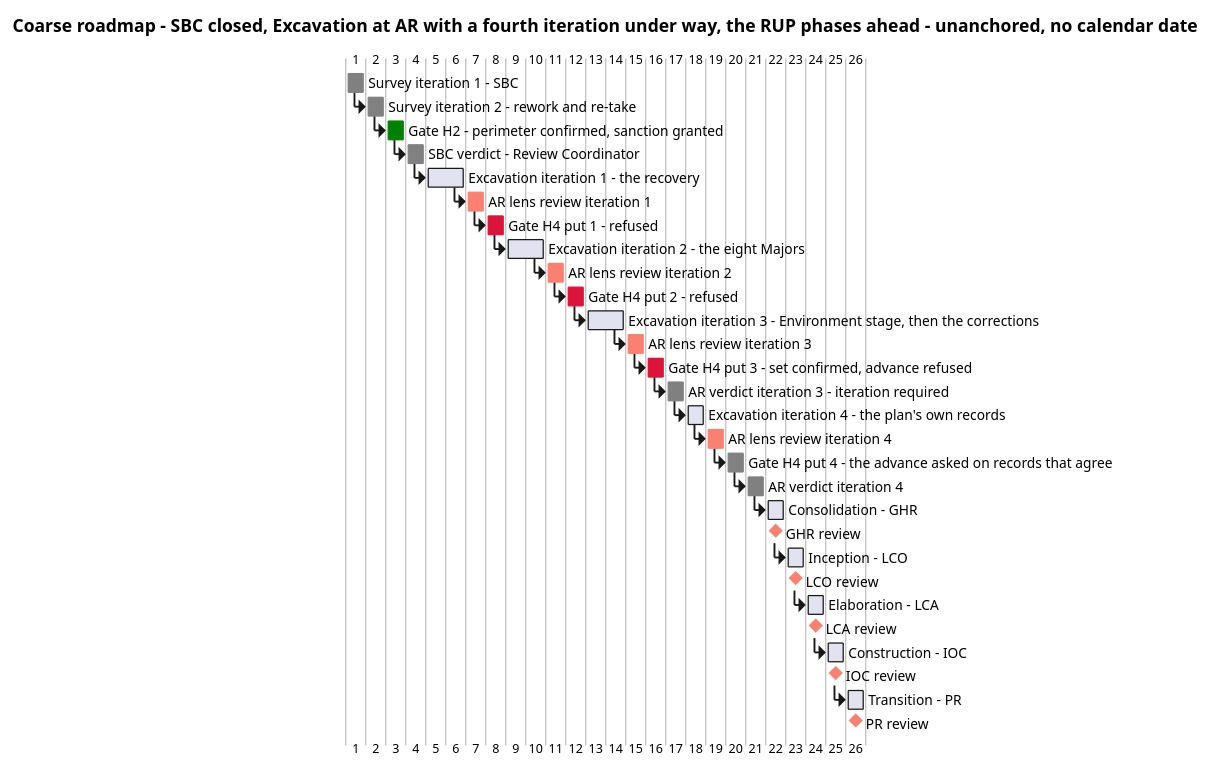
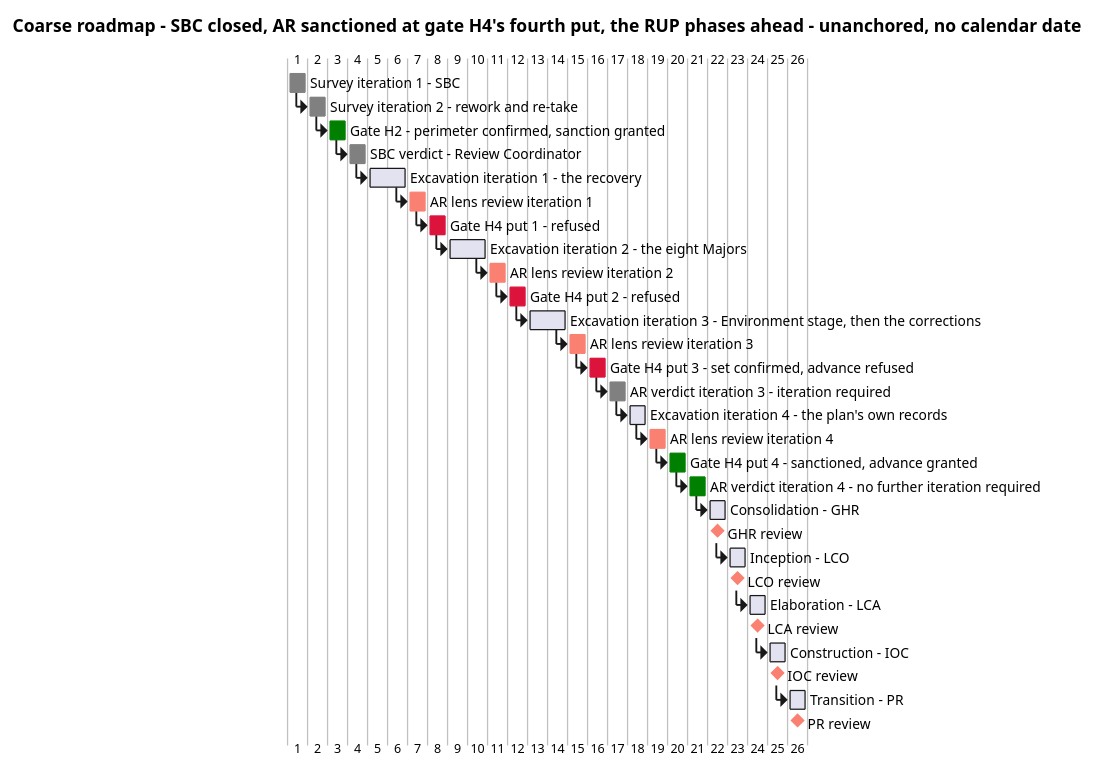
One commit to banense-test/TodoApp changed the second of 6 diagrams in docs/artifacts/project-management/iteration-plan.md. Above: the diagram before and after it, drawn with PlantUML. The commit also changed other lines of this file, not shown here.

First line of the commit message:
Project Manager [Excavation4]: upsert Iteration Plan

````diff
--- a/docs/artifacts/project-management/iteration-plan.md
+++ b/docs/artifacts/project-management/iteration-plan.md
@@ -58,75 +58,75 @@
 ```plantuml
 @startgantt
-title Coarse roadmap - SBC closed, Excavation at AR with a fourth iteration under way, the RUP phases ahead - unanchored, no calendar date
+title Coarse roadmap - SBC closed, AR sanctioned at gate H4's fourth put, the RUP phases ahead - unanchored, no calendar date
 
 [Survey iteration 1 - SBC] lasts 1 day
 [Survey iteration 1 - SBC] is colored in Gray
 [Survey iteration 2 - rework and re-take] lasts 1 day
 [Survey iteration 2 - rework and re-take] starts at [Survey iteration 1 - SBC]'s end
 [Survey iteration 2 - rework and re-take] is colored in Gray
 [Gate H2 - perimeter confirmed, sanction granted] lasts 1 day
 [Gate H2 - perimeter confirmed, sanction granted] starts at [Survey iteration 2 - rework and re-take]'s end
 [Gate H2 - perimeter confirmed, sanction granted] is colored in Green
 [SBC verdict - Review Coordinator] lasts 1 day
 [SBC verdict - Review Coordinator] starts at [Gate H2 - perimeter confirmed, sanction granted]'s end
 [SBC verdict - Review Coordinator] is colored in Gray
 [Excavation iteration 1 - the recovery] lasts 2 days
 [Excavation iteration 1 - the recovery] starts at [SBC verdict - Review Coordinator]'s end
 [AR lens review iteration 1] lasts 1 day
 [AR lens review iteration 1] starts at [Excavation iteration 1 - the recovery]'s end
 [AR lens review iteration 1] is colored in Salmon
 [Gate H4 put 1 - refused] lasts 1 day
 [Gate H4 put 1 - refused] starts at [AR lens review iteration 1]'s end
 [Gate H4 put 1 - refused] is colored in Crimson
 [Excavation iteration 2 - the eight Majors] lasts 2 days
 [Excavation iteration 2 - the eight Majors] starts at [Gate H4 put 1 - refused]'s end
 [AR lens review iteration 2] lasts 1 day
 [AR lens review iteration 2] starts at [Excavation iteration 2 - the eight Majors]'s end
 [AR lens review iteration 2] is colored in Salmon
 [Gate H4 put 2 - refused] lasts 1 day
 [Gate H4 put 2 - refused] starts at [AR lens review iteration 2]'s end
 [Gate H4 put 2 - refused] is colored in Crimson
 [Excavation iteration 3 - Environment stage, then the corrections] lasts 2 days
 [Excavation iteration 3 - Environment stage, then the corrections] starts at [Gate H4 put 2 - refused]'s end
 [AR lens review iteration 3] lasts 1 day
 [AR lens review iteration 3] starts at [Excavation iteration 3 - Environment stage, then the corrections]'s end
 [AR lens review iteration 3] is colored in Salmon
 [Gate H4 put 3 - set confirmed, advance refused] lasts 1 day
 [Gate H4 put 3 - set confirmed, advance refused] starts at [AR lens review iteration 3]'s end
 [Gate H4 put 3 - set confirmed, advance refused] is colored in Crimson
 [AR verdict iteration 3 - iteration required] lasts 1 day
 [AR verdict iteration 3 - iteration required] starts at [Gate H4 put 3 - set confirmed, advance refused]'s end
 [AR verdict iteration 3 - iteration required] is colored in Gray
 [Excavation iteration 4 - the plan's own records] lasts 1 day
 [Excavation iteration 4 - the plan's own records] starts at [AR verdict iteration 3 - iteration required]'s end
 [AR lens review iteration 4] lasts 1 day
 [AR lens review iteration 4] starts at [Excavation iteration 4 - the plan's own records]'s end
 [AR lens review iteration 4] is colored in Salmon
-[Gate H4 put 4 - the advance asked on records that agree] lasts 1 day
-[Gate H4 put 4 - the advance asked on records that agree] starts at [AR lens review iteration 4]'s end
-[Gate H4 put 4 - the advance asked on records that agree] is colored in Gray
-[AR verdict iteration 4] lasts 1 day
-[AR verdict iteration 4] starts at [Gate H4 put 4 - the advance asked on records that agree]'s end
-[AR verdict iteration 4] is colored in Gray
+[Gate H4 put 4 - sanctioned, advance granted] lasts 1 day
+[Gate H4 put 4 - sanctioned, advance granted] starts at [AR lens review iteration 4]'s end
+[Gate H4 put 4 - sanctioned, advance granted] is colored in Green
+[AR verdict iteration 4 - no further iteration required] lasts 1 day
+[AR verdict iteration 4 - no further iteration required] starts at [Gate H4 put 4 - sanctioned, advance granted]'s end
+[AR verdict iteration 4 - no further iteration required] is colored in Green
 [Consolidation - GHR] lasts 1 day
-[Consolidation - GHR] starts at [AR verdict iteration 4]'s end
+[Consolidation - GHR] starts at [AR verdict iteration 4 - no further iteration required]'s end
 [GHR review] happens at [Consolidation - GHR]'s end
 [GHR review] is colored in Salmon
 [Inception - LCO] lasts 1 day
 [Inception - LCO] starts at [GHR review]'s end
 [LCO review] happens at [Inception - LCO]'s end
 [LCO review] is colored in Salmon
 [Elaboration - LCA] lasts 1 day
 [Elaboration - LCA] starts at [LCO review]'s end
 [LCA review] happens at [Elaboration - LCA]'s end
 [LCA review] is colored in Salmon
 [Construction - IOC] lasts 1 day
 [Construction - IOC] starts at [LCA review]'s end
 [IOC review] happens at [Construction - IOC]'s end
 [IOC review] is colored in Salmon
 [Transition - PR] lasts 1 day
 [Transition - PR] starts at [IOC review]'s end
 [PR review] happens at [Transition - PR]'s end
 [PR review] is colored in Salmon
 @endgantt
 ```
````
